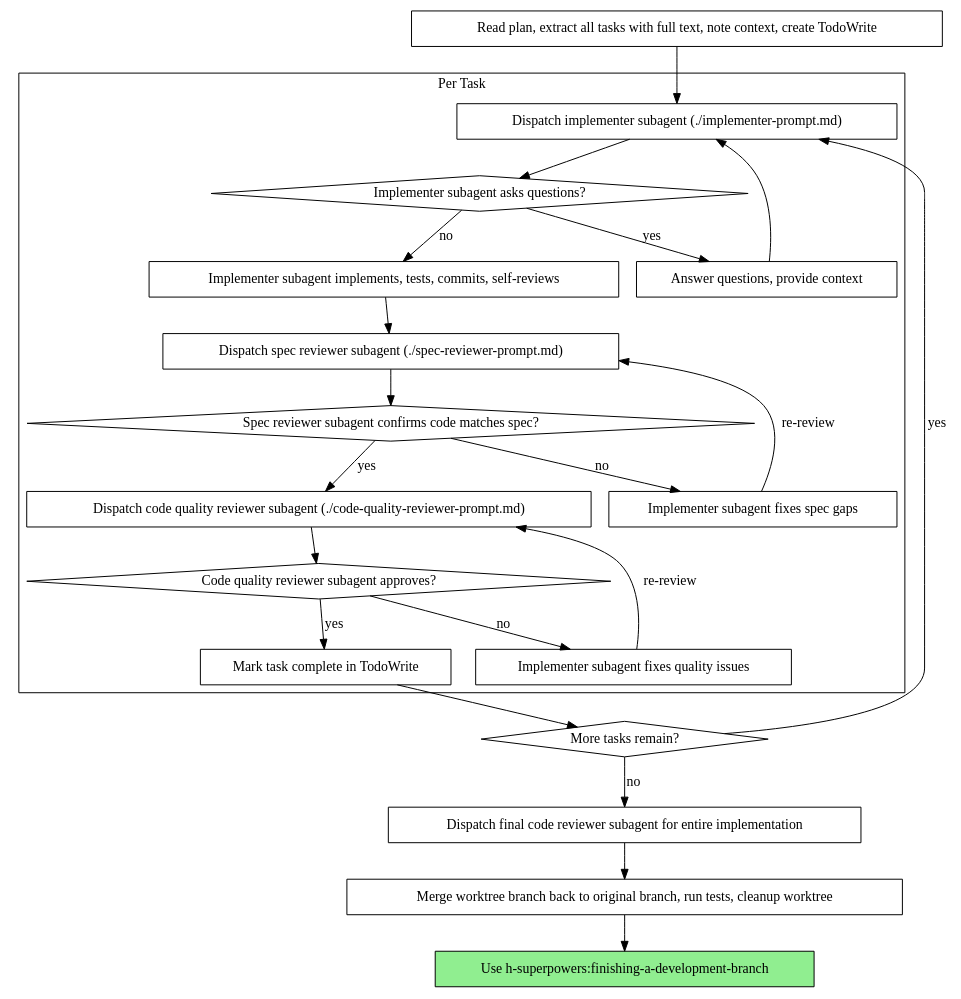
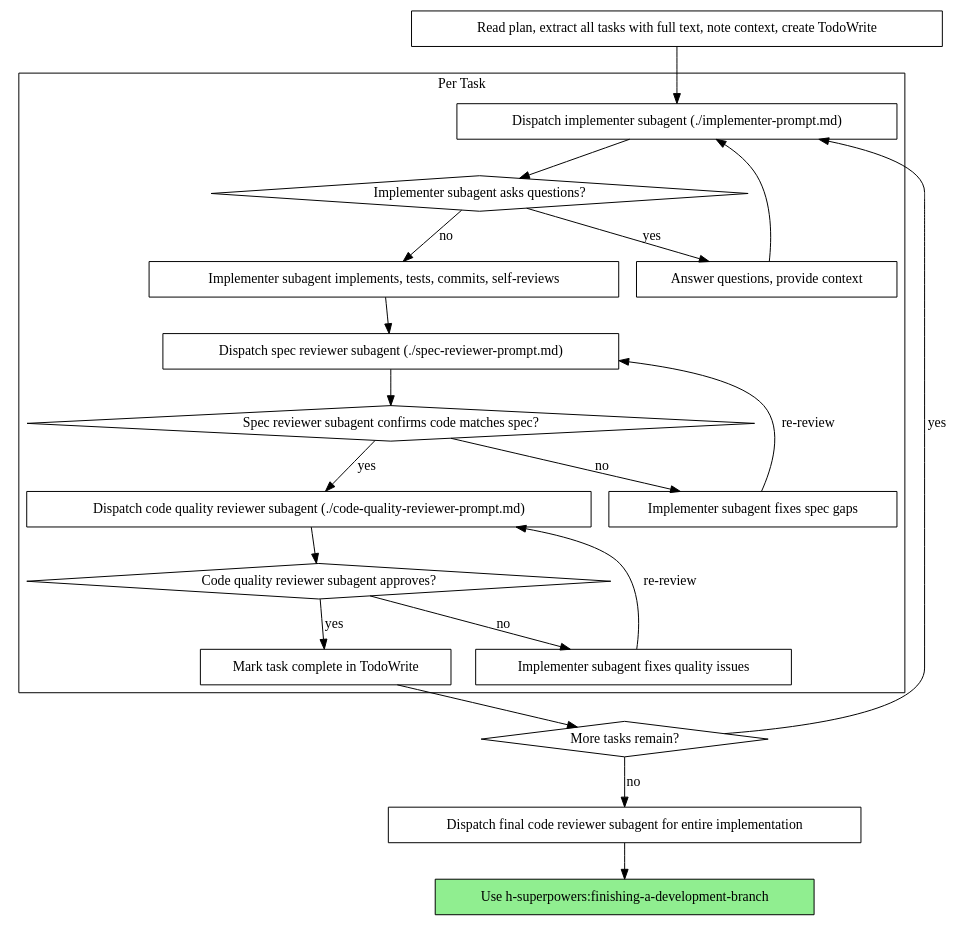
Before and after one commit to ehartye/Hartye-superpowers: the second of 2 diagrams in skills/subagent-driven-development/SKILL.md, drawn with Graphviz. The commit also changed other lines of this file and 22 other files, not shown here.

````diff
--- a/skills/subagent-driven-development/SKILL.md
+++ b/skills/subagent-driven-development/SKILL.md
@@ -40,46 +40,44 @@
 ```dot
 digraph process {
     rankdir=TB;
 
     subgraph cluster_per_task {
         label="Per Task";
         "Dispatch implementer subagent (./implementer-prompt.md)" [shape=box];
         "Implementer subagent asks questions?" [shape=diamond];
         "Answer questions, provide context" [shape=box];
         "Implementer subagent implements, tests, commits, self-reviews" [shape=box];
         "Dispatch spec reviewer subagent (./spec-reviewer-prompt.md)" [shape=box];
         "Spec reviewer subagent confirms code matches spec?" [shape=diamond];
         "Implementer subagent fixes spec gaps" [shape=box];
         "Dispatch code quality reviewer subagent (./code-quality-reviewer-prompt.md)" [shape=box];
         "Code quality reviewer subagent approves?" [shape=diamond];
         "Implementer subagent fixes quality issues" [shape=box];
         "Mark task complete in TodoWrite" [shape=box];
     }
 
     "Read plan, extract all tasks with full text, note context, create TodoWrite" [shape=box];
     "More tasks remain?" [shape=diamond];
     "Dispatch final code reviewer subagent for entire implementation" [shape=box];
-    "Merge worktree branch back to original branch, run tests, cleanup worktree" [shape=box];
     "Use h-superpowers:finishing-a-development-branch" [shape=box style=filled fillcolor=lightgreen];
 
     "Read plan, extract all tasks with full text, note context, create TodoWrite" -> "Dispatch implementer subagent (./implementer-prompt.md)";
     "Dispatch implementer subagent (./implementer-prompt.md)" -> "Implementer subagent asks questions?";
     "Implementer subagent asks questions?" -> "Answer questions, provide context" [label="yes"];
     "Answer questions, provide context" -> "Dispatch implementer subagent (./implementer-prompt.md)";
     "Implementer subagent asks questions?" -> "Implementer subagent implements, tests, commits, self-reviews" [label="no"];
     "Implementer subagent implements, tests, commits, self-reviews" -> "Dispatch spec reviewer subagent (./spec-reviewer-prompt.md)";
     "Dispatch spec reviewer subagent (./spec-reviewer-prompt.md)" -> "Spec reviewer subagent confirms code matches spec?";
     "Spec reviewer subagent confirms code matches spec?" -> "Implementer subagent fixes spec gaps" [label="no"];
     "Implementer subagent fixes spec gaps" -> "Dispatch spec reviewer subagent (./spec-reviewer-prompt.md)" [label="re-review"];
     "Spec reviewer subagent confirms code matches spec?" -> "Dispatch code quality reviewer subagent (./code-quality-reviewer-prompt.md)" [label="yes"];
     "Dispatch code quality reviewer subagent (./code-quality-reviewer-prompt.md)" -> "Code quality reviewer subagent approves?";
     "Code quality reviewer subagent approves?" -> "Implementer subagent fixes quality issues" [label="no"];
     "Implementer subagent fixes quality issues" -> "Dispatch code quality reviewer subagent (./code-quality-reviewer-prompt.md)" [label="re-review"];
     "Code quality reviewer subagent approves?" -> "Mark task complete in TodoWrite" [label="yes"];
     "Mark task complete in TodoWrite" -> "More tasks remain?";
     "More tasks remain?" -> "Dispatch implementer subagent (./implementer-prompt.md)" [label="yes"];
     "More tasks remain?" -> "Dispatch final code reviewer subagent for entire implementation" [label="no"];
-    "Dispatch final code reviewer subagent for entire implementation" -> "Merge worktree branch back to original branch, run tests, cleanup worktree";
-    "Merge worktree branch back to original branch, run tests, cleanup worktree" -> "Use h-superpowers:finishing-a-development-branch";
+    "Dispatch final code reviewer subagent for entire implementation" -> "Use h-superpowers:finishing-a-development-branch";
 }
 ```
````
